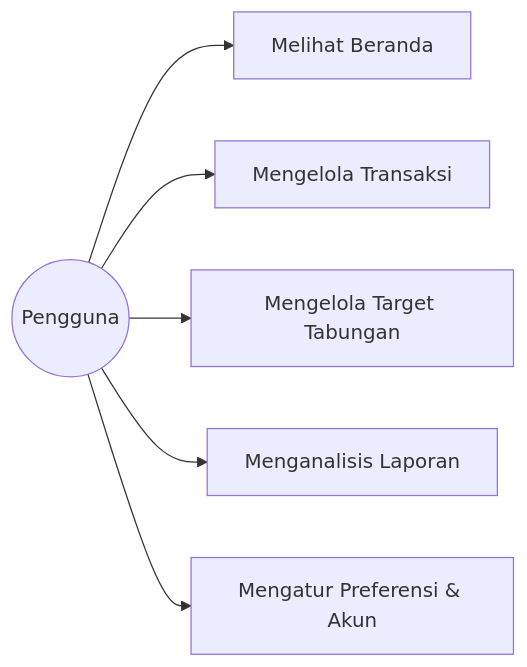
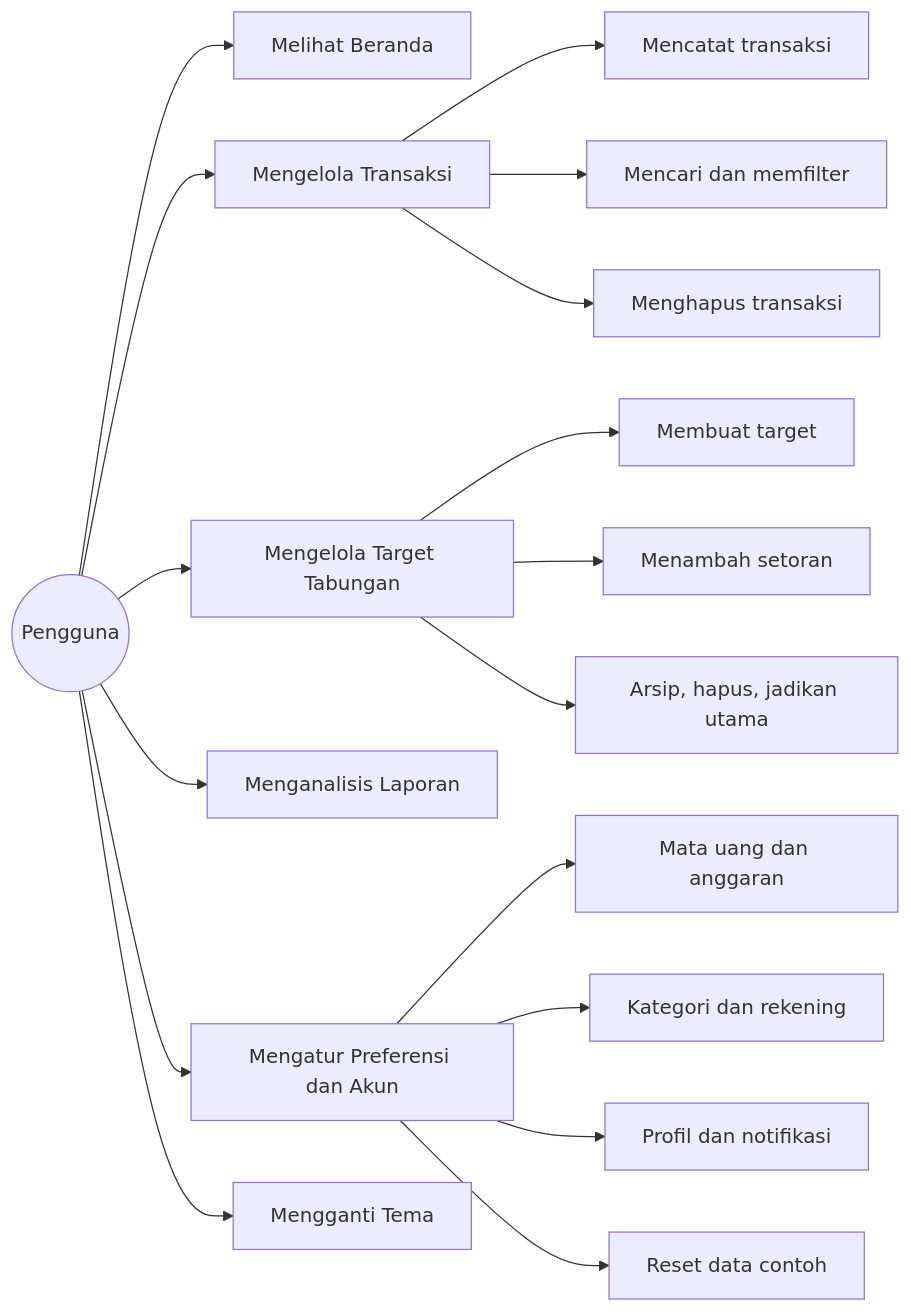
The seventh of 12 diagrams in dompetku/docs/SRS.md (firdaushidayat015-beep/Dompetku), drawn with Mermaid before and after one commit. The commit also changed other lines of this file, not shown here.

````diff
--- a/dompetku/docs/SRS.md
+++ b/dompetku/docs/SRS.md
@@ -39,8 +379,20 @@
 ```mermaid
 flowchart LR
-  U((Pengguna)) --> A[Melihat Beranda]
-  U --> B[Mengelola Transaksi]
-  U --> C[Mengelola Target Tabungan]
-  U --> D[Menganalisis Laporan]
-  U --> E[Mengatur Preferensi & Akun]
+  U((Pengguna))
+  U --> A["Melihat Beranda"]
+  U --> B["Mengelola Transaksi"]
+  U --> C["Mengelola Target Tabungan"]
+  U --> D["Menganalisis Laporan"]
+  U --> E["Mengatur Preferensi dan Akun"]
+  U --> F["Mengganti Tema"]
+  B --> B1["Mencatat transaksi"]
+  B --> B2["Mencari dan memfilter"]
+  B --> B3["Menghapus transaksi"]
+  C --> C1["Membuat target"]
+  C --> C2["Menambah setoran"]
+  C --> C3["Arsip, hapus, jadikan utama"]
+  E --> E1["Mata uang dan anggaran"]
+  E --> E2["Kategori dan rekening"]
+  E --> E3["Profil dan notifikasi"]
+  E --> E4["Reset data contoh"]
 ```
````
